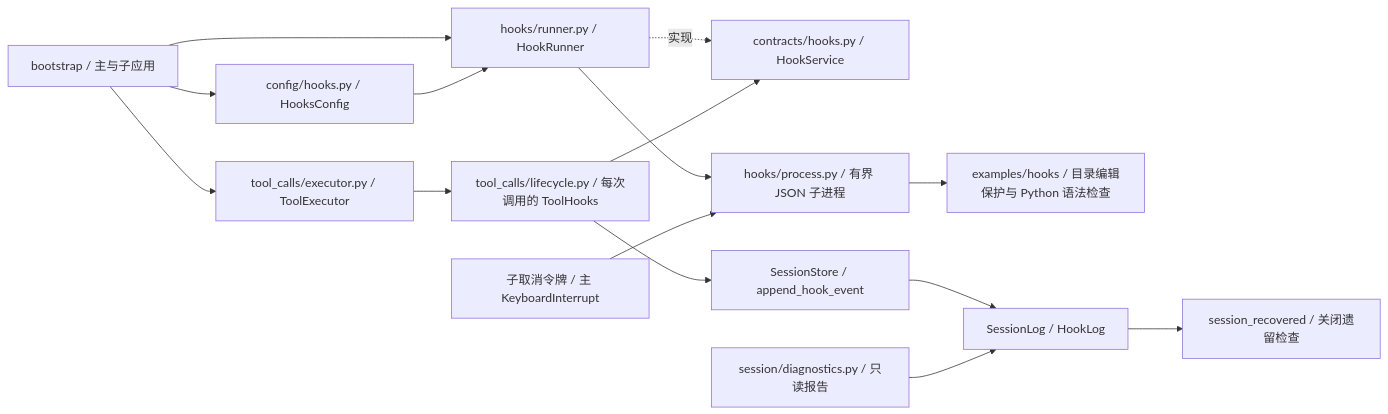
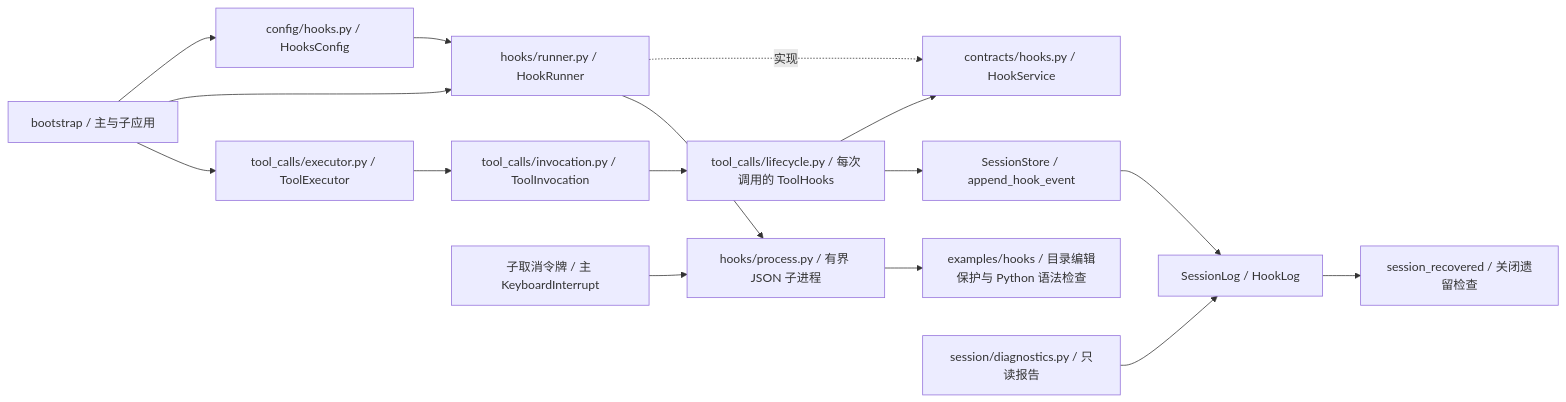
One commit to Plvltra/AdamAgent changed the second of 19 diagrams in docs/architecture.md. Above: the diagram before and after it, drawn with Mermaid. The commit also changed other lines of this file and 23 other files, not shown here.

```diff
--- a/docs/architecture.md
+++ b/docs/architecture.md
@@ -34,17 +46,18 @@
 ~~~mermaid
 flowchart LR
     HOOK_BOOT["bootstrap / 主与子应用"] --> HOOK_CONFIG["config/hooks.py / HooksConfig"]
     HOOK_BOOT --> HOOK_RUNNER["hooks/runner.py / HookRunner"]
     HOOK_CONFIG --> HOOK_RUNNER
     HOOK_RUNNER -.实现.-> HOOK_PORT["contracts/hooks.py / HookService"]
     HOOK_BOOT --> HOOK_EXEC["tool_calls/executor.py / ToolExecutor"]
-    HOOK_EXEC --> HOOK_COORD["tool_calls/lifecycle.py / 每次调用的 ToolHooks"]
+    HOOK_EXEC --> HOOK_CALL["tool_calls/invocation.py / ToolInvocation"]
+    HOOK_CALL --> HOOK_COORD["tool_calls/lifecycle.py / 每次调用的 ToolHooks"]
     HOOK_COORD --> HOOK_PORT
     HOOK_RUNNER --> HOOK_PROCESS["hooks/process.py / 有界 JSON 子进程"]
     HOOK_PROCESS --> HOOK_EXAMPLES["examples/hooks / 目录编辑保护与 Python 语法检查"]
     HOOK_CANCEL["子取消令牌 / 主 KeyboardInterrupt"] --> HOOK_PROCESS
     HOOK_COORD --> HOOK_STORE["SessionStore / append_hook_event"]
     HOOK_STORE --> HOOK_LOG["SessionLog / HookLog"]
     HOOK_LOG --> HOOK_RECOVER["session_recovered / 关闭遗留检查"]
     HOOK_DIAG["session/diagnostics.py / 只读报告"] --> HOOK_LOG
 ~~~
```
